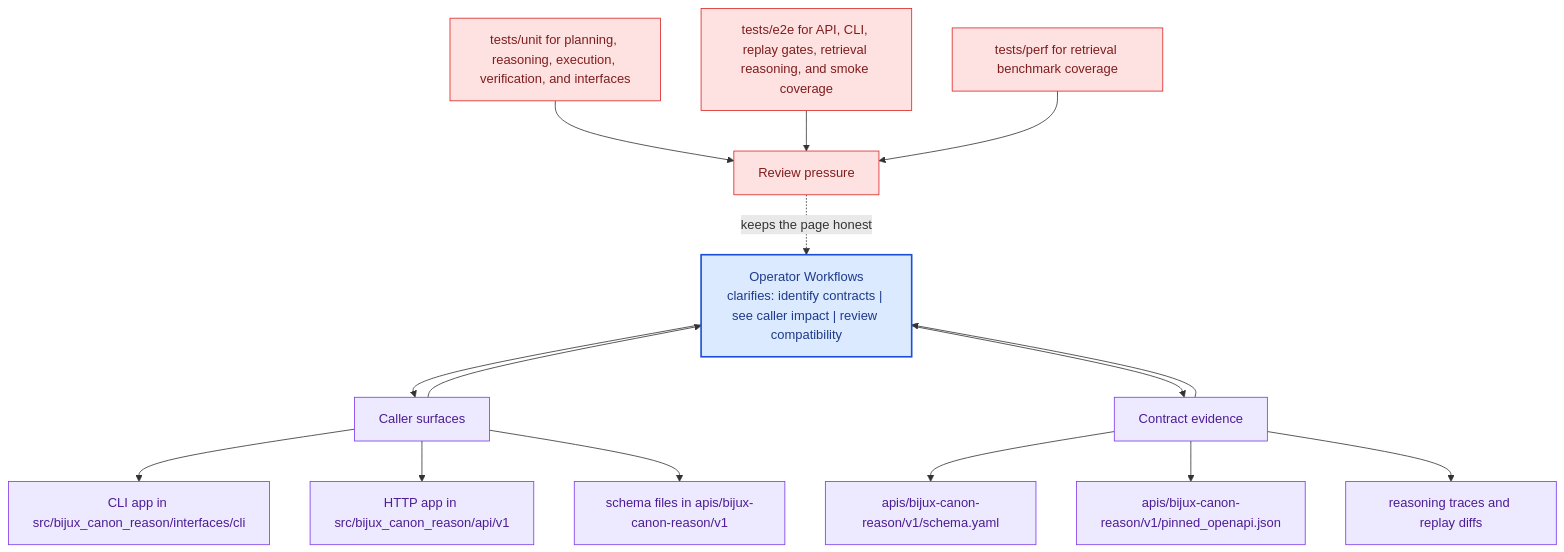
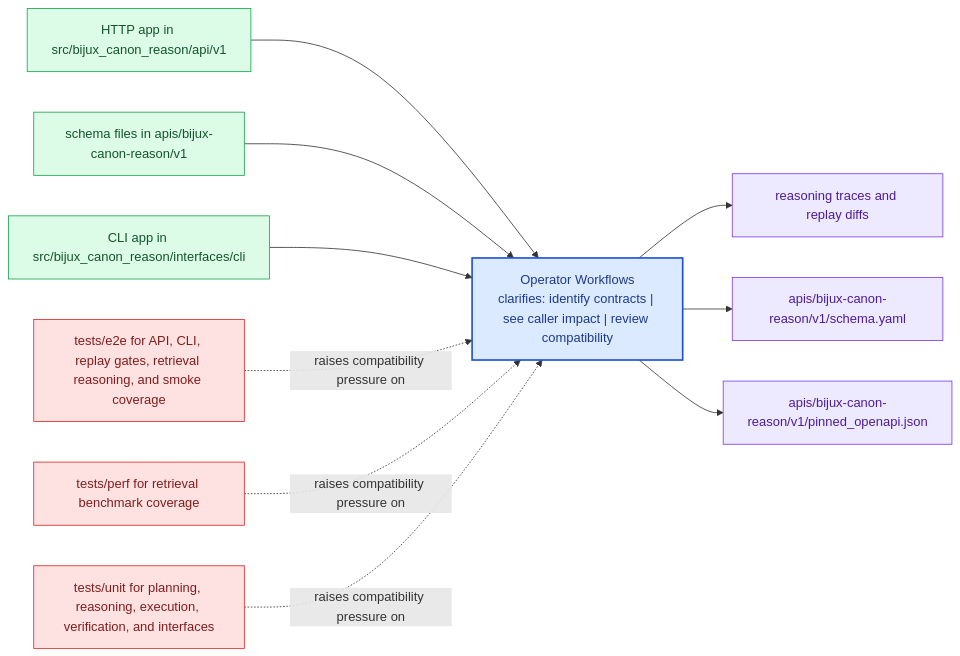
Before and after one commit to bijux/bijux-canon: the diagram in docs/bijux-canon-reason/interfaces/operator-workflows.md, drawn with Mermaid. The commit also changed other lines of this file and 281 other files, not shown here.

Commit message:
docs(diagrams): replace repeated mermaid scaffolds with page-specific summaries

````diff
--- a/docs/bijux-canon-reason/interfaces/operator-workflows.md
+++ b/docs/bijux-canon-reason/interfaces/operator-workflows.md
@@ -67,41 +22,31 @@
 ```mermaid
-flowchart TB
-    promise["Operator Workflows<br/>clarifies: identify contracts | see caller impact | review compatibility"]
-    classDef promise fill:#dbeafe,stroke:#1d4ed8,color:#1e3a8a,stroke-width:2px;
-    classDef driver fill:#dcfce7,stroke:#16a34a,color:#14532d;
-    classDef constraint fill:#fee2e2,stroke:#dc2626,color:#7f1d1d;
-    classDef ground fill:#ede9fe,stroke:#7c3aed,color:#4c1d95;
-    focus1["Caller surfaces"]
-    focus1 --> promise
-    promise --> focus1
-    focus1_1["CLI app in src/bijux_canon_reason/interfaces/cli"]
-    focus1 --> focus1_1
-    focus1_2["HTTP app in src/bijux_canon_reason/api/v1"]
-    focus1 --> focus1_2
-    focus1_3["schema files in apis/bijux-canon-reason/v1"]
-    focus1 --> focus1_3
-    class focus1 ground;
-    class focus1_1,focus1_2,focus1_3 ground;
-    focus2["Contract evidence"]
-    focus2 --> promise
-    promise --> focus2
-    focus2_1["apis/bijux-canon-reason/v1/schema.yaml"]
-    focus2 --> focus2_1
-    focus2_2["apis/bijux-canon-reason/v1/pinned_openapi.json"]
-    focus2 --> focus2_2
-    focus2_3["reasoning traces and replay diffs"]
-    focus2 --> focus2_3
-    class focus2 ground;
-    class focus2_1,focus2_2,focus2_3 ground;
-    focus3["Review pressure"]
-    focus3 -.keeps the page honest.-> promise
-    focus3_1["tests/unit for planning, reasoning, execution, verification, and interfaces"]
-    focus3_1 --> focus3
-    focus3_2["tests/e2e for API, CLI, replay gates, retrieval reasoning, and smoke coverage"]
-    focus3_2 --> focus3
-    focus3_3["tests/perf for retrieval benchmark coverage"]
-    focus3_3 --> focus3
-    class focus3 constraint;
-    class focus3_1,focus3_2,focus3_3 constraint;
-    class promise promise;
+flowchart LR
+    page["Operator Workflows<br/>clarifies: identify contracts | see caller impact | review compatibility"]
+    classDef page fill:#dbeafe,stroke:#1d4ed8,color:#1e3a8a,stroke-width:2px;
+    classDef positive fill:#dcfce7,stroke:#16a34a,color:#14532d;
+    classDef caution fill:#fee2e2,stroke:#dc2626,color:#7f1d1d;
+    classDef anchor fill:#ede9fe,stroke:#7c3aed,color:#4c1d95;
+    classDef action fill:#fef3c7,stroke:#d97706,color:#7c2d12;
+    surface1["HTTP app in src/bijux_canon_reason/api/v1"]
+    surface1 --> page
+    surface2["schema files in apis/bijux-canon-reason/v1"]
+    surface2 --> page
+    surface3["CLI app in src/bijux_canon_reason/interfaces/cli"]
+    surface3 --> page
+    proof1["reasoning traces and replay diffs"]
+    page --> proof1
+    proof2["apis/bijux-canon-reason/v1/schema.yaml"]
+    page --> proof2
+    proof3["apis/bijux-canon-reason/v1/pinned_openapi.json"]
+    page --> proof3
+    review1["tests/e2e for API, CLI, replay gates, retrieval reasoning, and smoke coverage"]
+    review1 -.raises compatibility pressure on.-> page
+    review2["tests/perf for retrieval benchmark coverage"]
+    review2 -.raises compatibility pressure on.-> page
+    review3["tests/unit for planning, reasoning, execution, verification, and interfaces"]
+    review3 -.raises compatibility pressure on.-> page
+    class page page;
+    class surface1,surface2,surface3 positive;
+    class proof1,proof2,proof3 anchor;
+    class review1,review2,review3 caution;
 ```
````
